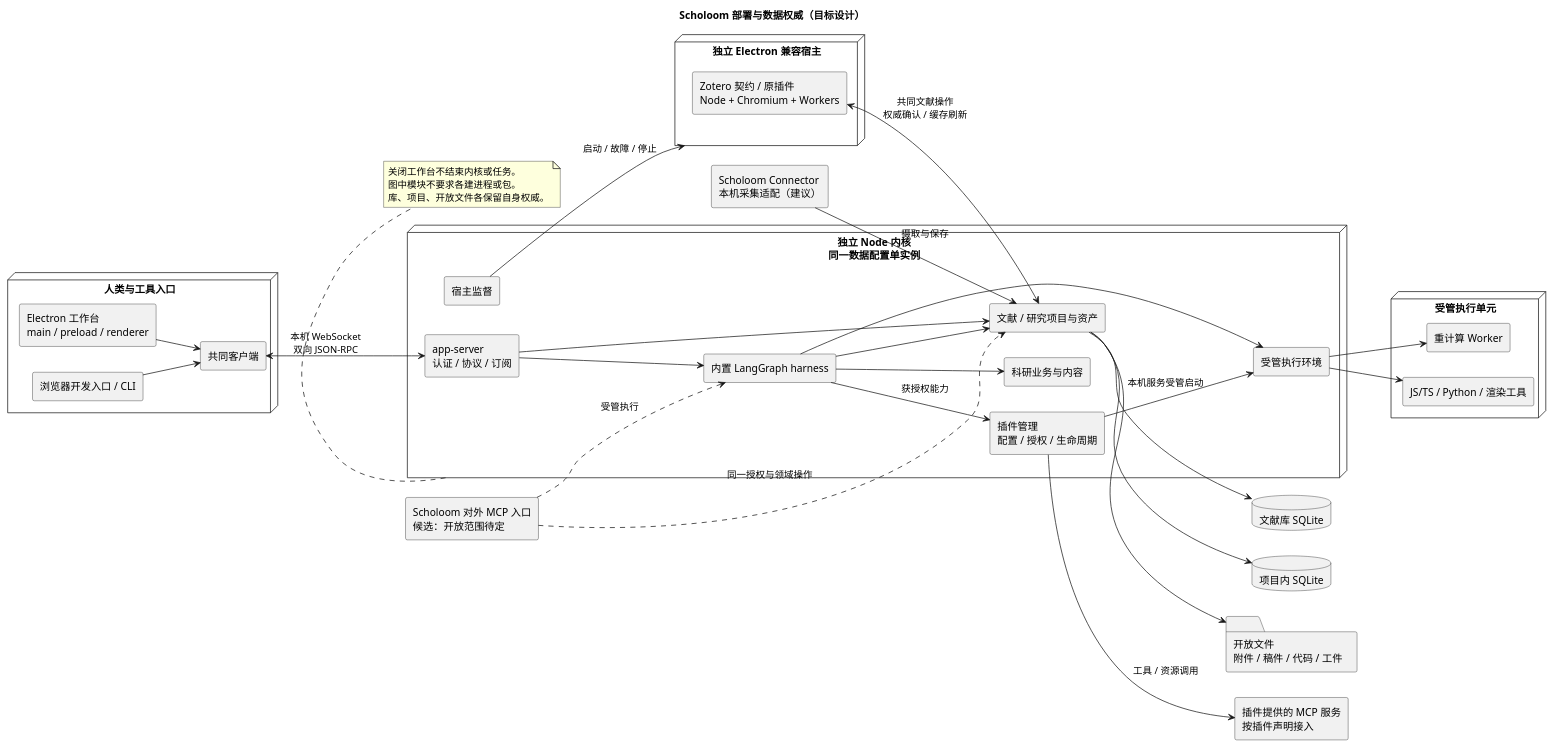
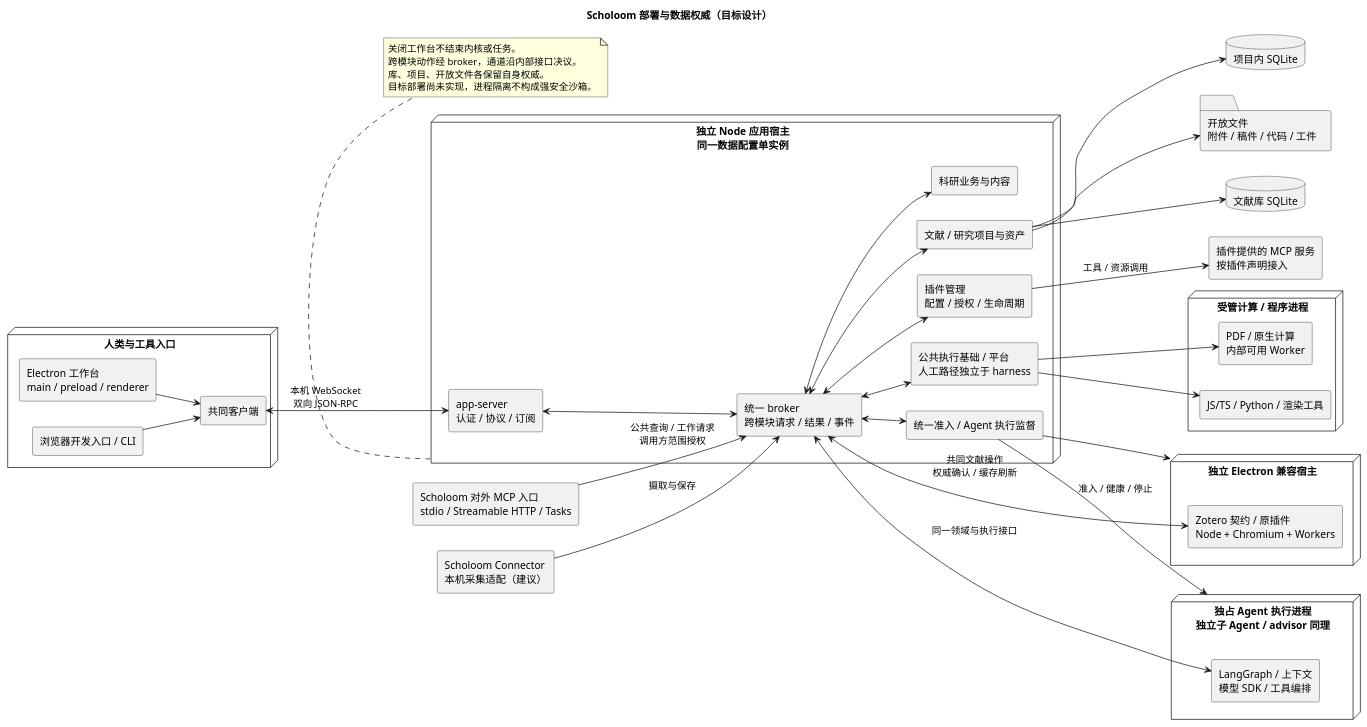
The diagram in docs/diagrams/deployment.puml (leike0813/Scholoom), drawn with PlantUML before and after one commit. The commit also changed 305 other files, not shown here.

Commit message:
refactor: migrate runtime architecture

```diff
--- a/docs/diagrams/deployment.puml
+++ b/docs/diagrams/deployment.puml
@@ -1,60 +1,64 @@
 @startuml
 title Scholoom 部署与数据权威（目标设计）
 skinparam defaultFontName Microsoft YaHei
 skinparam shadowing false
 skinparam componentStyle rectangle
 left to right direction
 node "人类与工具入口" {
   component "Electron 工作台\nmain / preload / renderer" as Desktop
   component "浏览器开发入口 / CLI" as Clients
   component "共同客户端" as Client
   Desktop --> Client
   Clients --> Client
 }
-node "独立 Node 内核\n同一数据配置单实例" as Kernel {
+node "独立 Node 应用宿主\n同一数据配置单实例" as Kernel {
   component "app-server\n认证 / 协议 / 订阅" as Server
+  component "统一 broker\n跨模块请求 / 结果 / 事件" as Broker
   component "文献 / 研究项目与资产" as Domain
   component "科研业务与内容" as Content
-  component "内置 LangGraph harness" as Harness
   component "插件管理\n配置 / 授权 / 生命周期" as PluginManager
-  component "受管执行环境" as Runtime
-  component "宿主监督" as Supervisor
-  Server --> Domain
-  Server --> Harness
-  Harness --> Content
-  Harness --> Domain
-  Harness --> Runtime
-  Harness --> PluginManager : 获授权能力
+  component "公共执行基础 / 平台\n人工路径独立于 harness" as Runtime
+  component "统一准入 / Agent 执行监督" as Supervisor
+  Server <--> Broker
+  Broker <--> Domain
+  Broker <--> Content
+  Broker <--> PluginManager
+  Broker <--> Runtime
+  Broker <--> Supervisor
 }
 Client <--> Server : 本机 WebSocket\n双向 JSON-RPC
 node "独立 Electron 兼容宿主" as Host {
   component "Zotero 契约 / 原插件\nNode + Chromium + Workers" as Plugins
 }
-node "受管执行单元" {
-  component "重计算 Worker" as Worker
+node "独占 Agent 执行进程\n独立子 Agent / advisor 同理" as Agent {
+  component "LangGraph / 上下文\n模型 SDK / 工具编排" as Harness
+}
+Harness <--> Broker : 同一领域与执行接口
+Supervisor --> Agent : 准入 / 健康 / 停止
+node "受管计算 / 程序进程" as Managed {
+  component "PDF / 原生计算\n内部可用 Worker" as Worker
   component "JS/TS / Python / 渲染工具" as Processes
 }
 Runtime --> Worker
 Runtime --> Processes
 component "插件提供的 MCP 服务\n按插件声明接入" as PluginMCP
 PluginManager --> PluginMCP : 工具 / 资源调用
-PluginManager --> Runtime : 本机服务受管启动
-Supervisor --> Host : 启动 / 故障 / 停止
-Plugins <--> Domain : 共同文献操作\n权威确认 / 缓存刷新
+Supervisor --> Host
+Plugins <--> Broker : 共同文献操作\n权威确认 / 缓存刷新
 database "文献库 SQLite" as LibraryDB
 database "项目内 SQLite" as ProjectDB
 folder "开放文件\n附件 / 稿件 / 代码 / 工件" as Files
 Domain --> LibraryDB
 Domain --> ProjectDB
 Domain --> Files
 component "Scholoom Connector\n本机采集适配（建议）" as Connector
-Connector --> Domain : 摄取与保存
-component "Scholoom 对外 MCP 入口\n候选：开放范围待定" as MCP
-MCP ..> Domain : 同一授权与领域操作
-MCP ..> Harness : 受管执行
+Connector --> Broker : 摄取与保存
+component "Scholoom 对外 MCP 入口\nstdio / Streamable HTTP / Tasks" as MCP
+MCP --> Broker : 公共查询 / 工作请求\n调用方范围授权
 note bottom of Kernel
   关闭工作台不结束内核或任务。
-  图中模块不要求各建进程或包。
+  跨模块动作经 broker，通道沿内部接口决议。
   库、项目、开放文件各保留自身权威。
+  目标部署尚未实现，进程隔离不构成强安全沙箱。
 end note
 @enduml
```
